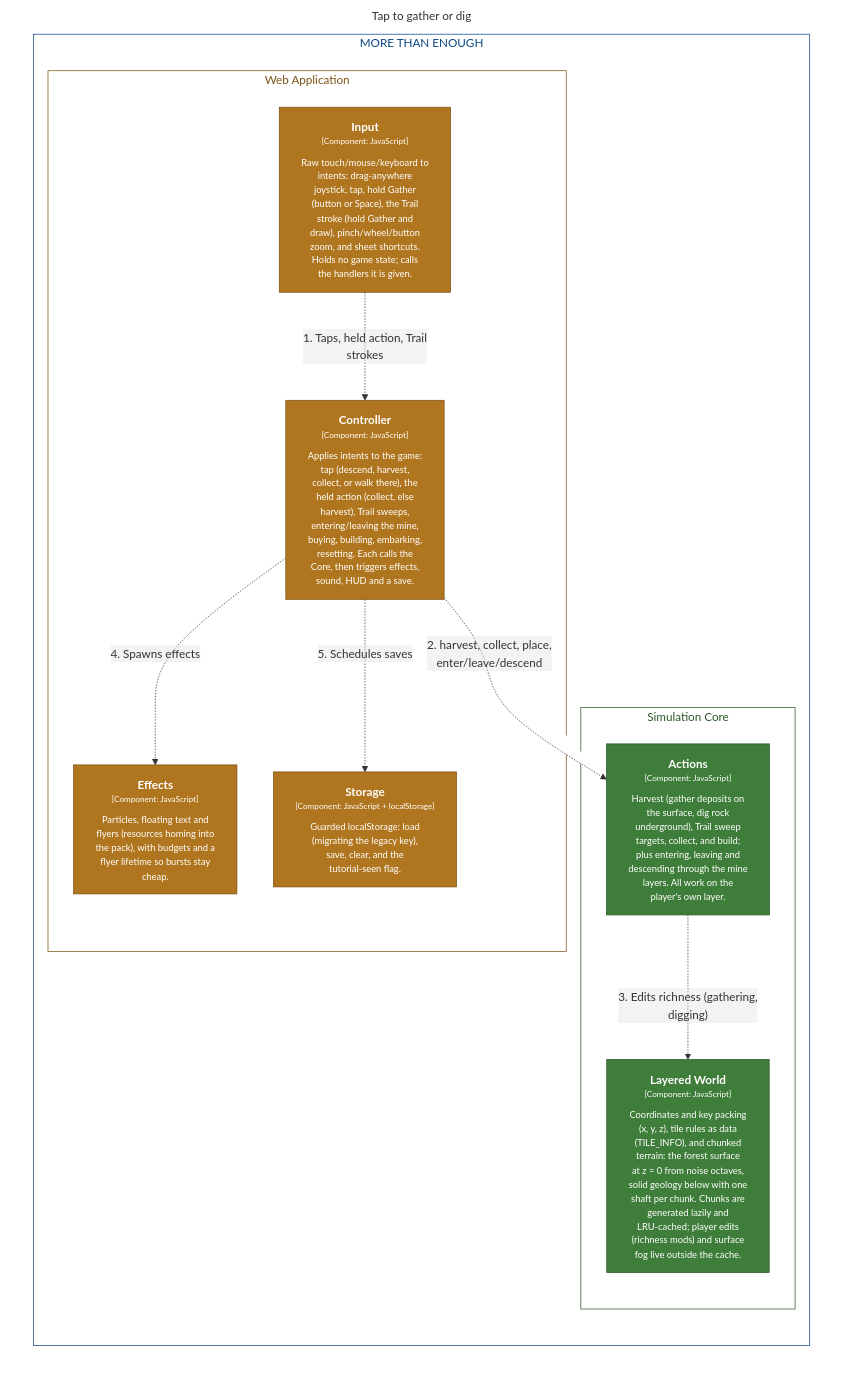
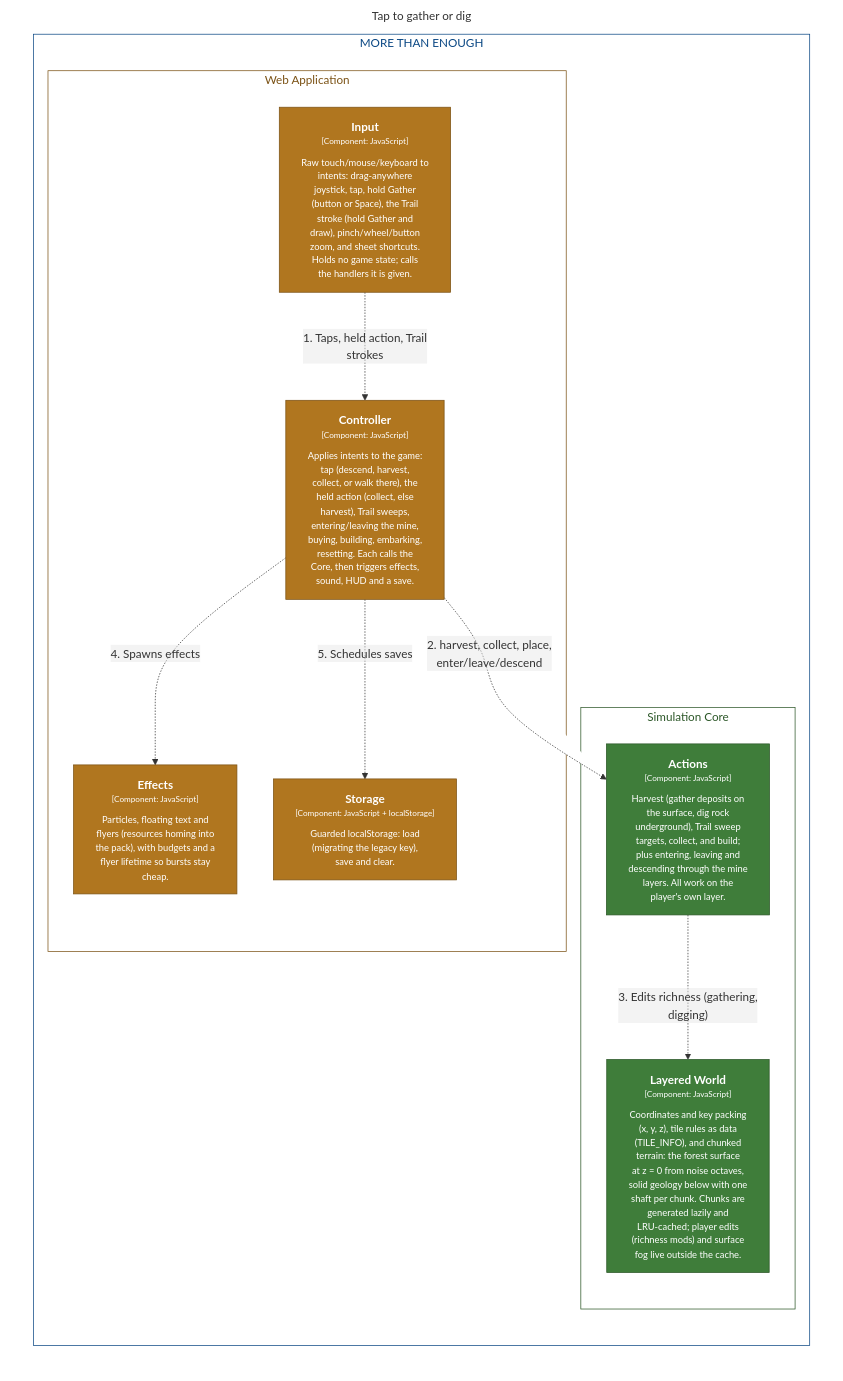
Before and after one commit to bitkojine/more-than-enough: the diagram in structurizr/diagrams/CollectFlow.mmd, drawn with Mermaid. The commit also changed 37 other files, not shown here.

```diff
--- a/structurizr/diagrams/CollectFlow.mmd
+++ b/structurizr/diagrams/CollectFlow.mmd
@@ -1,41 +1,41 @@
 %% Generated from structurizr/workspace.dsl — do not edit; run: node structurizr/scripts/structurizr.mjs mermaid
 graph LR
   linkStyle default fill:#ffffff
 
   subgraph diagram ["Tap to gather or dig"]
     style diagram fill:#ffffff,stroke:#ffffff
 
     subgraph 3 ["MORE THAN ENOUGH"]
       style 3 fill:#ffffff,stroke:#0b4884,color:#0b4884
 
-      subgraph 14 ["Simulation Core"]
-        style 14 fill:#ffffff,stroke:#2c5728,color:#2c5728
+      subgraph 15 ["Simulation Core"]
+        style 15 fill:#ffffff,stroke:#2c5728,color:#2c5728
 
-        15["<div style='font-weight: bold'>Layered World</div><div style='font-size: 70%; margin-top: 0px'>[Component: JavaScript]</div><div style='font-size: 80%; margin-top:10px'>Coordinates and key packing<br />(x, y, z), tile rules as data<br />(TILE_INFO), and chunked<br />terrain: the forest surface<br />at z = 0 from noise octaves,<br />solid geology below with one<br />shaft per chunk. Chunks are<br />generated lazily and<br />LRU-cached; player edits<br />(richness mods) and surface<br />fog live outside the cache.</div>"]
-        style 15 fill:#3f7d3a,stroke:#2c5728,color:#ffffff
-        18["<div style='font-weight: bold'>Actions</div><div style='font-size: 70%; margin-top: 0px'>[Component: JavaScript]</div><div style='font-size: 80%; margin-top:10px'>Harvest (gather deposits on<br />the surface, dig rock<br />underground), Trail sweep<br />targets, collect, and build;<br />plus entering, leaving and<br />descending through the mine<br />layers. All work on the<br />player's own layer.</div>"]
-        style 18 fill:#3f7d3a,stroke:#2c5728,color:#ffffff
+        16["<div style='font-weight: bold'>Layered World</div><div style='font-size: 70%; margin-top: 0px'>[Component: JavaScript]</div><div style='font-size: 80%; margin-top:10px'>Coordinates and key packing<br />(x, y, z), tile rules as data<br />(TILE_INFO), and chunked<br />terrain: the forest surface<br />at z = 0 from noise octaves,<br />solid geology below with one<br />shaft per chunk. Chunks are<br />generated lazily and<br />LRU-cached; player edits<br />(richness mods) and surface<br />fog live outside the cache.</div>"]
+        style 16 fill:#3f7d3a,stroke:#2c5728,color:#ffffff
+        19["<div style='font-weight: bold'>Actions</div><div style='font-size: 70%; margin-top: 0px'>[Component: JavaScript]</div><div style='font-size: 80%; margin-top:10px'>Harvest (gather deposits on<br />the surface, dig rock<br />underground), Trail sweep<br />targets, collect, and build;<br />plus entering, leaving and<br />descending through the mine<br />layers. All work on the<br />player's own layer.</div>"]
+        style 19 fill:#3f7d3a,stroke:#2c5728,color:#ffffff
       end
 
       subgraph 4 ["Web Application"]
         style 4 fill:#ffffff,stroke:#7b5215,color:#7b5215
 
         10["<div style='font-weight: bold'>Effects</div><div style='font-size: 70%; margin-top: 0px'>[Component: JavaScript]</div><div style='font-size: 80%; margin-top:10px'>Particles, floating text and<br />flyers (resources homing into<br />the pack), with budgets and a<br />flyer lifetime so bursts stay<br />cheap.</div>"]
         style 10 fill:#b0761f,stroke:#7b5215,color:#ffffff
-        13["<div style='font-weight: bold'>Storage</div><div style='font-size: 70%; margin-top: 0px'>[Component: JavaScript + localStorage]</div><div style='font-size: 80%; margin-top:10px'>Guarded localStorage: load<br />(migrating the legacy key),<br />save, clear, and the<br />tutorial-seen flag.</div>"]
+        13["<div style='font-weight: bold'>Storage</div><div style='font-size: 70%; margin-top: 0px'>[Component: JavaScript + localStorage]</div><div style='font-size: 80%; margin-top:10px'>Guarded localStorage: load<br />(migrating the legacy key),<br />save and clear.</div>"]
         style 13 fill:#b0761f,stroke:#7b5215,color:#ffffff
         6["<div style='font-weight: bold'>Input</div><div style='font-size: 70%; margin-top: 0px'>[Component: JavaScript]</div><div style='font-size: 80%; margin-top:10px'>Raw touch/mouse/keyboard to<br />intents: drag-anywhere<br />joystick, tap, hold Gather<br />(button or Space), the Trail<br />stroke (hold Gather and<br />draw), pinch/wheel/button<br />zoom, and sheet shortcuts.<br />Holds no game state; calls<br />the handlers it is given.</div>"]
         style 6 fill:#b0761f,stroke:#7b5215,color:#ffffff
         7["<div style='font-weight: bold'>Controller</div><div style='font-size: 70%; margin-top: 0px'>[Component: JavaScript]</div><div style='font-size: 80%; margin-top:10px'>Applies intents to the game:<br />tap (descend, harvest,<br />collect, or walk there), the<br />held action (collect, else<br />harvest), Trail sweeps,<br />entering/leaving the mine,<br />buying, building, embarking,<br />resetting. Each calls the<br />Core, then triggers effects,<br />sound, HUD and a save.</div>"]
         style 7 fill:#b0761f,stroke:#7b5215,color:#ffffff
       end
 
     end
 
     6-. "<div>1. Taps, held action, Trail<br />strokes</div><div style='font-size: 70%'></div>" .->7
-    7-. "<div>2. harvest, collect, place,<br />enter/leave/descend</div><div style='font-size: 70%'></div>" .->18
-    18-. "<div>3. Edits richness (gathering,<br />digging)</div><div style='font-size: 70%'></div>" .->15
+    7-. "<div>2. harvest, collect, place,<br />enter/leave/descend</div><div style='font-size: 70%'></div>" .->19
+    19-. "<div>3. Edits richness (gathering,<br />digging)</div><div style='font-size: 70%'></div>" .->16
     7-. "<div>4. Spawns effects</div><div style='font-size: 70%'></div>" .->10
     7-. "<div>5. Schedules saves</div><div style='font-size: 70%'></div>" .->13
 
   end
```
